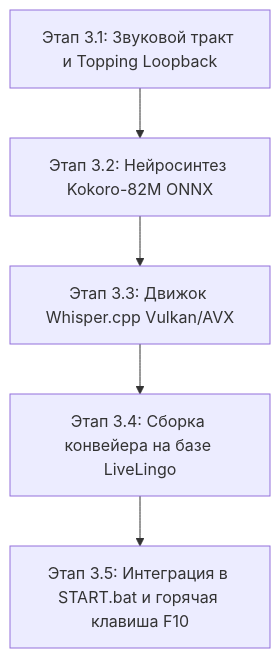
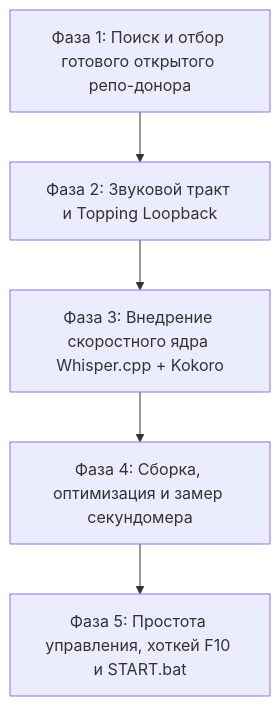
Before and after one commit to Sonatko/all_translete_online: the diagram in stage_3_voice/ROADMAP.md, drawn with Mermaid. The commit also changed other lines of this file, not shown here.

Commit message:
docs: expand stage 3 roadmap with exhaustive steps and open-source principles

````diff
--- a/stage_3_voice/ROADMAP.md
+++ b/stage_3_voice/ROADMAP.md
@@ -20,7 +16,7 @@
 ```mermaid
 flowchart TD
-    M1[Этап 3.1: Звуковой тракт и Topping Loopback] --> M2[Этап 3.2: Нейросинтез Kokoro-82M ONNX]
-    M2 --> M3[Этап 3.3: Движок Whisper.cpp Vulkan/AVX]
-    M3 --> M4[Этап 3.4: Сборка конвейера на базе LiveLingo]
-    M4 --> M5[Этап 3.5: Интеграция в START.bat и горячая клавиша F10]
+    P1[Фаза 1: Поиск и отбор готового открытого репо-донора] --> P2[Фаза 2: Звуковой тракт и Topping Loopback]
+    P2 --> P3[Фаза 3: Внедрение скоростного ядра Whisper.cpp + Kokoro]
+    P3 --> P4[Фаза 4: Сборка, оптимизация и замер секундомера]
+    P4 --> P5[Фаза 5: Простота управления, хоткей F10 и START.bat]
 ```
````
